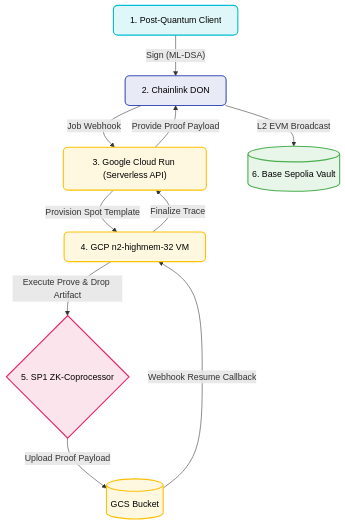
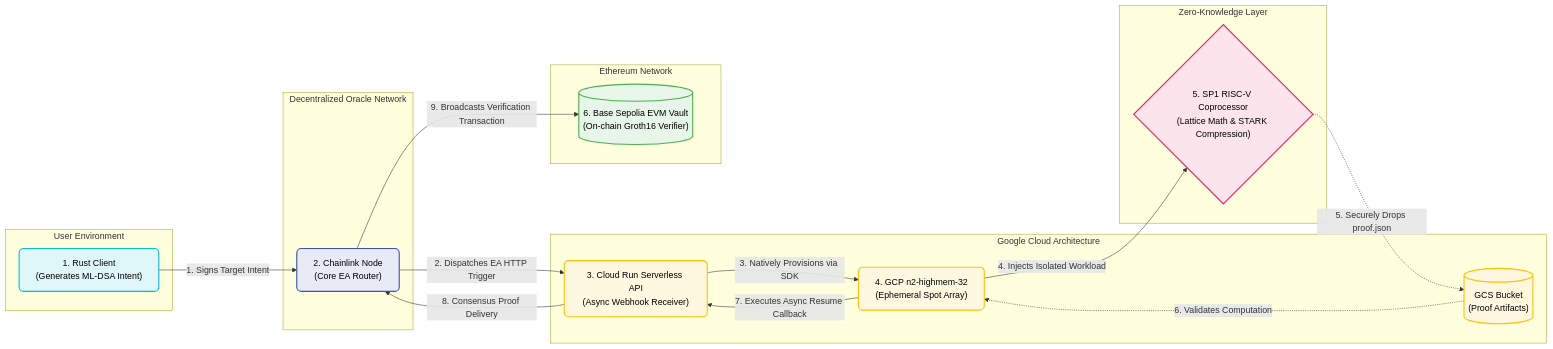
One commit to vjb/quantum-safe-cre changed the diagram in README.md. Above: the diagram before and after it, drawn with Mermaid.

Commit message:
docs: explicitly re-mapped diagram natively to super comprehensive LR bounds

````diff
--- a/README.md
+++ b/README.md
@@ -30,18 +30,41 @@
 ```mermaid
-graph TD
+graph LR
     classDef client fill:#E0F7FA,stroke:#00BCD4,stroke-width:2px,color:#000000,rx:8px,ry:8px;
     classDef zk fill:#FCE4EC,stroke:#E91E63,stroke-width:2px,color:#000000,rx:8px,ry:8px;
     classDef link fill:#E8EAF6,stroke:#3F51B5,stroke-width:2px,color:#000000,rx:8px,ry:8px;
     classDef base fill:#E8F5E9,stroke:#4CAF50,stroke-width:2px,color:#000000,rx:8px,ry:8px;
     classDef gcp fill:#FFF8E1,stroke:#FFC107,stroke-width:2px,color:#000000,rx:8px,ry:8px;
 
-    Client["1. Post-Quantum Client"]:::client -->|"Sign (ML-DSA)"| DON["2. Chainlink DON"]:::link
-    DON -->|"Job Webhook"| CR["3. Google Cloud Run (Serverless API)"]:::gcp
-    CR -->|"Provision Spot Template"| GCP["4. GCP n2-highmem-32 VM"]:::gcp
-    GCP -->|"Execute Prove & Drop Artifact"| SP1{"5. SP1 ZK-Coprocessor"}:::zk
-    SP1 -->|"Upload Proof Payload"| Storage[("GCS Bucket")]:::gcp
-    Storage -->|"Webhook Resume Callback"| GCP
-    GCP -->|"Finalize Trace"| CR
-    CR -->|"Provide Proof Payload"| DON
-    DON -->|"L2 EVM Broadcast"| L2[("6. Base Sepolia Vault")]:::base
+    subgraph User Environment
+        Client["1. Rust Client<br>(Generates ML-DSA Intent)"]:::client
+    end
+
+    subgraph Decentralized Oracle Network
+        DON["2. Chainlink Node<br>(Core EA Router)"]:::link
+    end
+
+    subgraph Google Cloud Architecture
+        CR["3. Cloud Run Serverless API<br>(Async Webhook Receiver)"]:::gcp
+        GCP["4. GCP n2-highmem-32<br>(Ephemeral Spot Array)"]:::gcp
+        Storage[("GCS Bucket<br>(Proof Artifacts)")]:::gcp
+    end
+
+    subgraph Zero-Knowledge Layer
+        SP1{"5. SP1 RISC-V Coprocessor<br>(Lattice Math & STARK Compression)"}:::zk
+    end
+
+    subgraph Ethereum Network
+        L2[("6. Base Sepolia EVM Vault<br>(On-chain Groth16 Verifier)")]:::base
+    end
+
+    %% Execution Flow Mapping
+    Client -->|"1. Signs Target Intent"| DON
+    DON -->|"2. Dispatches EA HTTP Trigger"| CR
+    CR -->|"3. Natively Provisions via SDK"| GCP
+    GCP -->|"4. Injects Isolated Workload"| SP1
+    SP1 -.->|"5. Securely Drops proof.json"| Storage
+    Storage -.->|"6. Validates Computation"| GCP
+    GCP -->|"7. Executes Async Resume Callback"| CR
+    CR -->|"8. Consensus Proof Delivery"| DON
+    DON -->|"9. Broadcasts Verification Transaction"| L2
 ```
````
